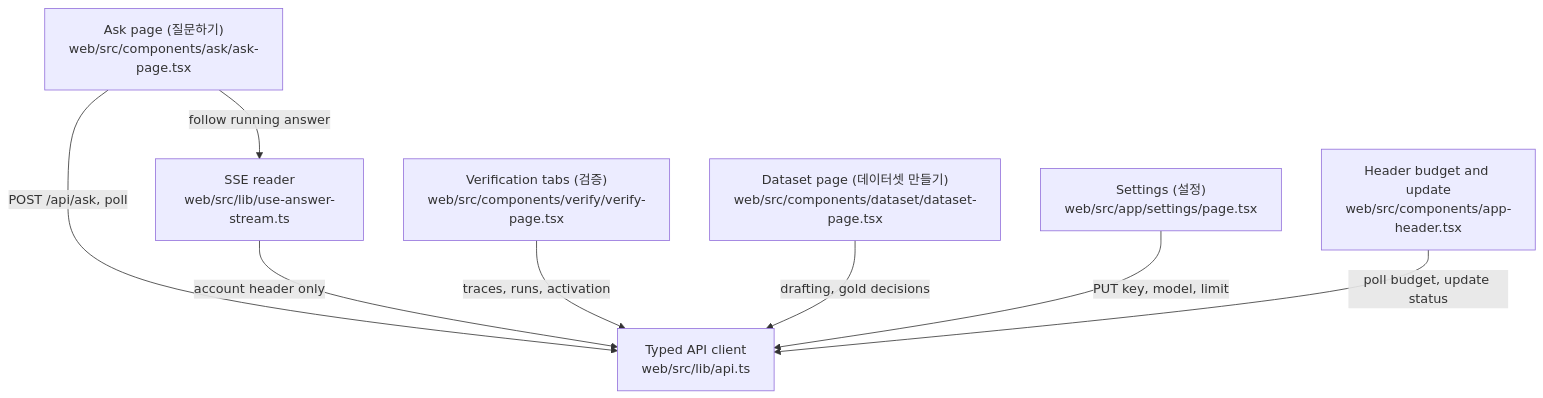
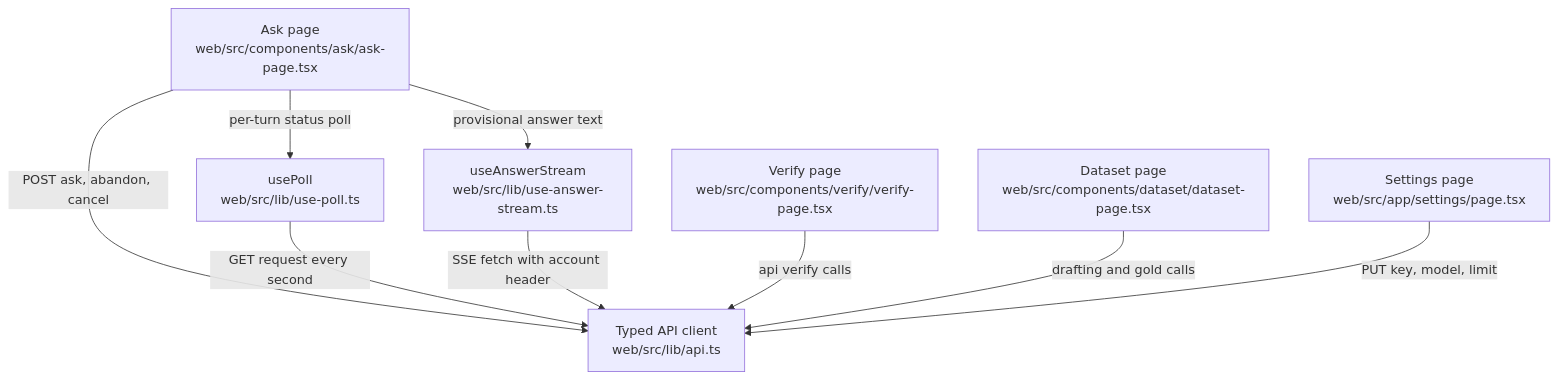
The diagram in .omm/overall-architecture/web-screens/diagram.mmd (littleeeeebit/project-codeit-mid), drawn with Mermaid before and after one commit. The commit also changed 424 other files, not shown here.

```diff
--- a/.omm/overall-architecture/web-screens/diagram.mmd
+++ b/.omm/overall-architecture/web-screens/diagram.mmd
@@ -1,8 +1,9 @@
 graph TD
-  ask-page["Ask page (질문하기)\nweb/src/components/ask/ask-page.tsx"] -->|"POST /api/ask, poll"| api-client["Typed API client\nweb/src/lib/api.ts"]
-  ask-page -->|"follow running answer"| answer-stream["SSE reader\nweb/src/lib/use-answer-stream.ts"]
-  answer-stream -->|"account header only"| api-client
-  verify-page["Verification tabs (검증)\nweb/src/components/verify/verify-page.tsx"] -->|"traces, runs, activation"| api-client
-  dataset-page["Dataset page (데이터셋 만들기)\nweb/src/components/dataset/dataset-page.tsx"] -->|"drafting, gold decisions"| api-client
-  settings-page["Settings (설정)\nweb/src/app/settings/page.tsx"] -->|"PUT key, model, limit"| api-client
-  app-header["Header budget and update\nweb/src/components/app-header.tsx"] -->|"poll budget, update status"| api-client
+  ask-page["Ask page\nweb/src/components/ask/ask-page.tsx"] -->|POST ask, abandon, cancel| api-client["Typed API client\nweb/src/lib/api.ts"]
+  ask-page -->|per-turn status poll| request-poll["usePoll\nweb/src/lib/use-poll.ts"]
+  ask-page -->|provisional answer text| answer-stream["useAnswerStream\nweb/src/lib/use-answer-stream.ts"]
+  request-poll -->|GET request every second| api-client
+  answer-stream -->|SSE fetch with account header| api-client
+  verify-page["Verify page\nweb/src/components/verify/verify-page.tsx"] -->|api verify calls| api-client
+  dataset-page["Dataset page\nweb/src/components/dataset/dataset-page.tsx"] -->|drafting and gold calls| api-client
+  settings-page["Settings page\nweb/src/app/settings/page.tsx"] -->|PUT key, model, limit| api-client
```
